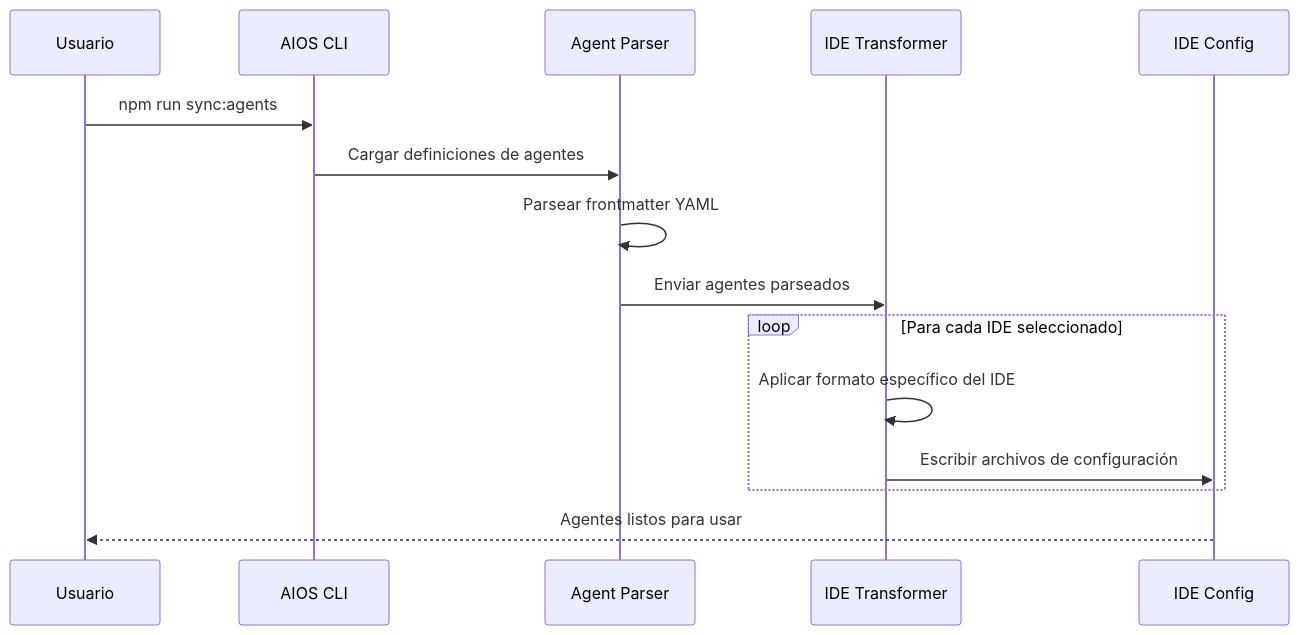
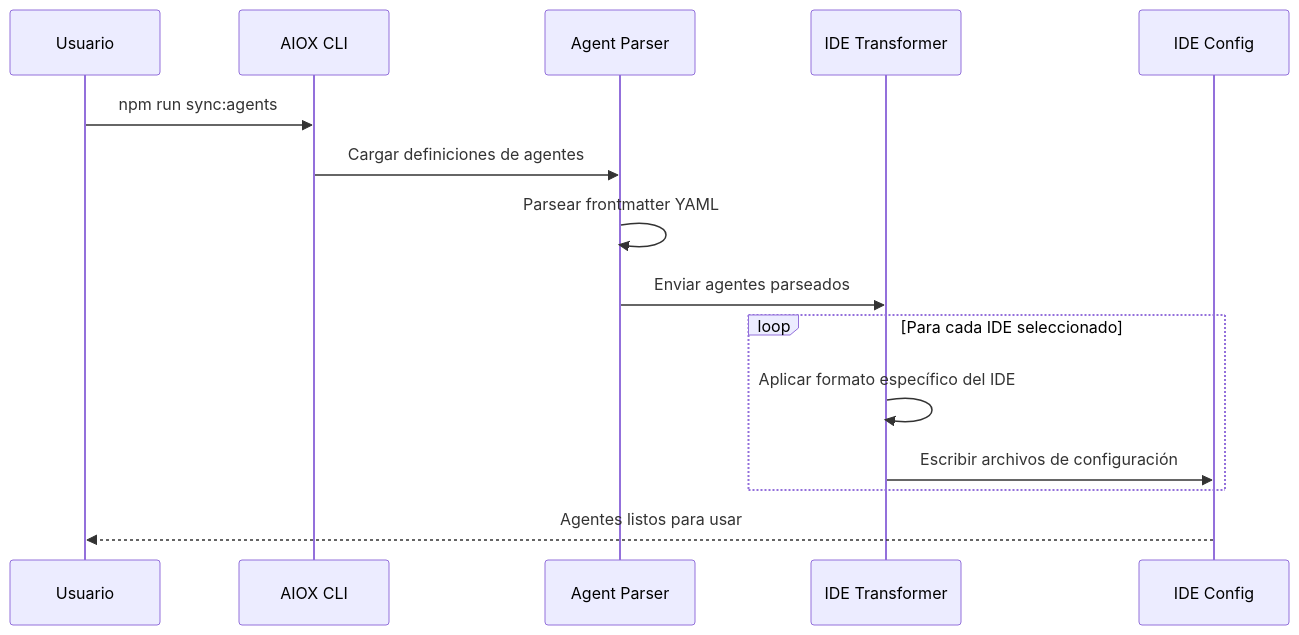
One commit to fabioeducacross/-Book-de-Resultados changed the third of 3 diagrams in docs/es/platforms/README.md. Above: the diagram before and after it, drawn with Mermaid. The commit also changed other lines of this file and 867 other files, not shown here.

````diff
--- a/docs/es/platforms/README.md
+++ b/docs/es/platforms/README.md
@@ -290,20 +290,20 @@
 ```mermaid
 sequenceDiagram
     participant User as Usuario
-    participant CLI as AIOS CLI
+    participant CLI as AIOX CLI
     participant Parser as Agent Parser
     participant Transform as IDE Transformer
     participant IDE as IDE Config
 
     User->>CLI: npm run sync:agents
     CLI->>Parser: Cargar definiciones de agentes
     Parser->>Parser: Parsear frontmatter YAML
     Parser->>Transform: Enviar agentes parseados
 
     loop Para cada IDE seleccionado
         Transform->>Transform: Aplicar formato específico del IDE
         Transform->>IDE: Escribir archivos de configuración
     end
 
     IDE-->>User: Agentes listos para usar
 ```
````
